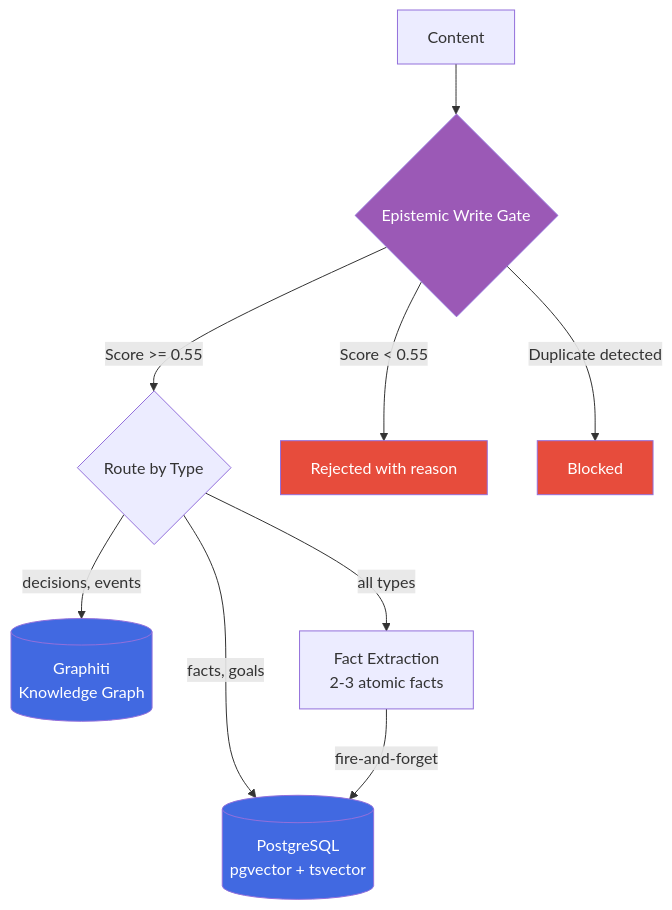
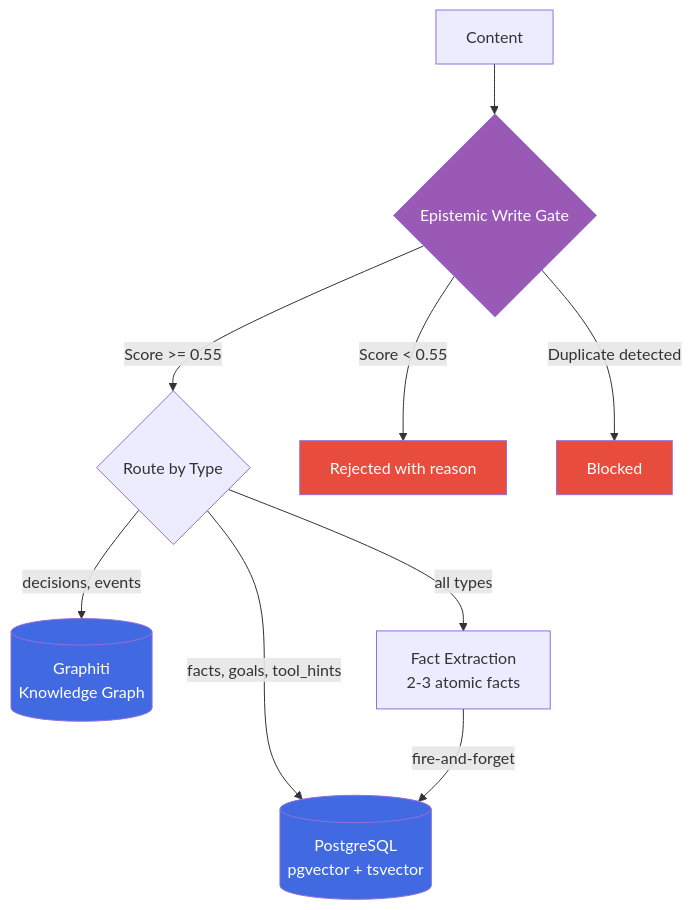
The first of 3 diagrams in README.md (RyanWReid/memcore), drawn with Mermaid before and after one commit. The commit also changed other lines of this file and 38 other files, not shown here.

First line of the commit message:
v6 complete: tool hints, MW wiring, env cleanup, benchmark suite

````diff
--- a/README.md
+++ b/README.md
@@ -238,18 +256,18 @@
 ```mermaid
 flowchart TD
     A[Content] --> B{Epistemic Write Gate}
     B -->|Score >= 0.55| C{Route by Type}
     B -->|Score < 0.55| D[Rejected with reason]
     B -->|Duplicate detected| E[Blocked]
     
     C -->|decisions, events| F[(Graphiti\nKnowledge Graph)]
-    C -->|facts, goals| G[(PostgreSQL\npgvector + tsvector)]
+    C -->|facts, goals, tool_hints| G[(PostgreSQL\npgvector + tsvector)]
     C -->|all types| H[Fact Extraction\n2-3 atomic facts]
     H -->|fire-and-forget| G
     
     style B fill:#9B59B6,color:#fff
     style D fill:#E74C3C,color:#fff
     style E fill:#E74C3C,color:#fff
     style F fill:#4169E1,color:#fff
     style G fill:#4169E1,color:#fff
 ```
````
